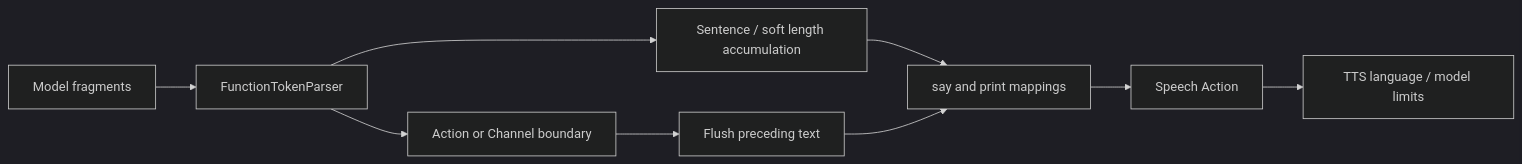
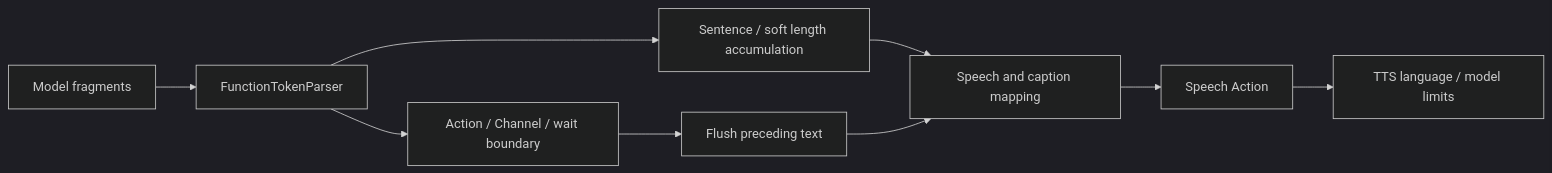
The second of 4 diagrams in MobileHarness/AgentCore/Generation/README.md (devilyouwei/MobileHarness), drawn with Mermaid (dark theme) before and after one commit. The commit also changed other lines of this file and 97 other files, not shown here.

````diff
--- a/MobileHarness/AgentCore/Generation/README.md
+++ b/MobileHarness/AgentCore/Generation/README.md
@@ -116,11 +120,11 @@
 ```mermaid
 flowchart LR
     Stream[Model fragments] --> XML[FunctionTokenParser]
     XML --> Buffer[Sentence / soft length accumulation]
-    XML --> Boundary[Action or Channel boundary]
+    XML --> Boundary[Action / Channel / wait boundary]
     Boundary --> Flush[Flush preceding text]
-    Buffer --> Mapping[say and print mappings]
+    Buffer --> Mapping[Speech and caption mapping]
     Flush --> Mapping
     Mapping --> Speech[Speech Action]
     Speech --> Backend[TTS language / model limits]
 ```
````
